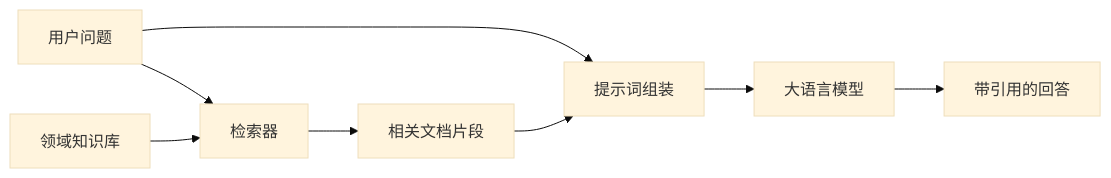
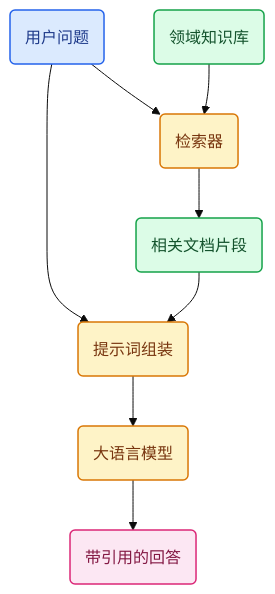
The second of 4 diagrams in docs/posts/LLM/微调模型与RAG系统的区别及垂直领域选型.md (XuelinHu/blogs), drawn with Mermaid (base theme) before and after one commit. The commit also changed other lines of this file and 1 other file, not shown here.

Commit message:
style: color and wrap llm flowcharts

````diff
--- a/docs/posts/LLM/微调模型与RAG系统的区别及垂直领域选型.md
+++ b/docs/posts/LLM/微调模型与RAG系统的区别及垂直领域选型.md
@@ -100,10 +104,14 @@
 ```mermaid
-flowchart LR
-    Q["用户问题"] --> R["检索器"]
-    K["领域知识库"] --> R
-    R --> C["相关文档片段"]
-    Q --> P["提示词组装"]
+flowchart TB
+    classDef query fill:#dbeafe,stroke:#2563eb,color:#1e3a8a,stroke-width:1.5px
+    classDef knowledge fill:#dcfce7,stroke:#16a34a,color:#14532d,stroke-width:1.5px
+    classDef process fill:#fef3c7,stroke:#d97706,color:#78350f,stroke-width:1.5px
+    classDef output fill:#fce7f3,stroke:#db2777,color:#831843,stroke-width:1.5px
+    Q(用户问题):::query --> R(检索器):::process
+    K(领域知识库):::knowledge --> R
+    R --> C(相关文档片段):::knowledge
+    Q --> P(提示词组装):::process
     C --> P
-    P --> L["大语言模型"]
-    L --> A["带引用的回答"]
+    P --> L(大语言模型):::process
+    L --> A(带引用的回答):::output
 ```
````
